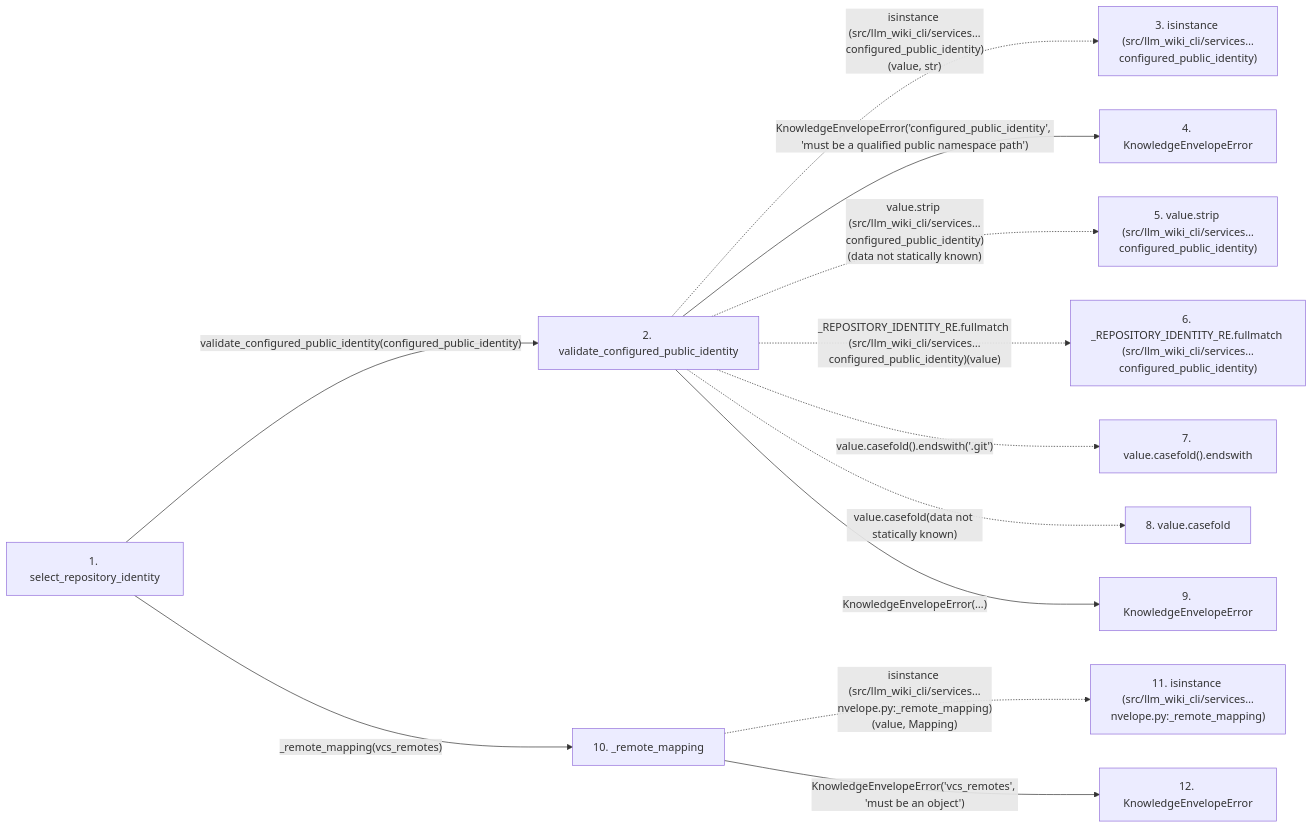
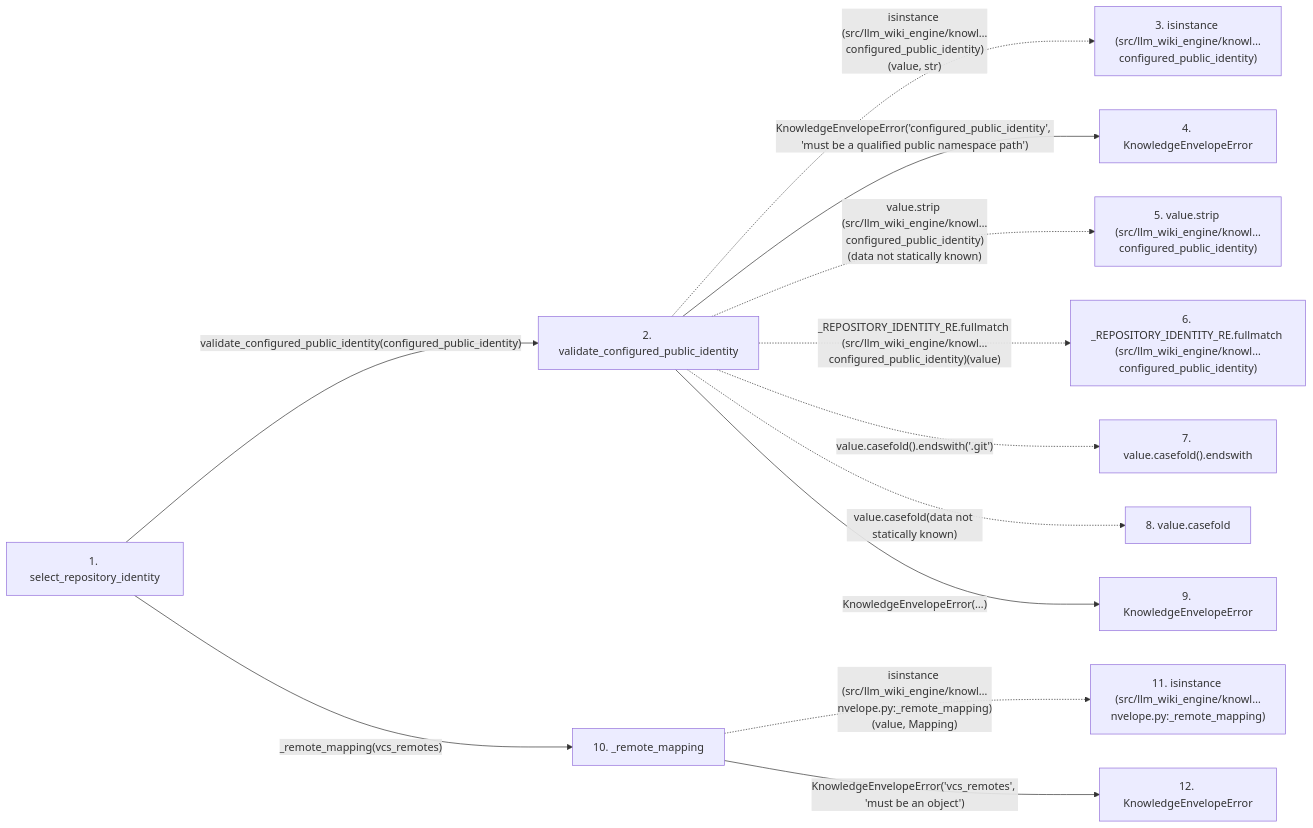
One commit to Denissvgn/python-wiki-llm changed the second of 2 diagrams in docs/llm_wiki/flows/api-select_repository_identity.md. Above: the diagram before and after it, drawn with Mermaid. The commit also changed other lines of this file and 1058 other files, not shown here.

````diff
--- a/docs/llm_wiki/flows/api-select_repository_identity.md
+++ b/docs/llm_wiki/flows/api-select_repository_identity.md
@@ -121,32 +121,32 @@
 ```mermaid
 flowchart LR
     s1["1. select_repository_identity"]
     s2["2. validate_configured_public_identity"]
-    s3["3. isinstance (src/llm_wiki_cli/services…configured_public_identity)"]
+    s3["3. isinstance (src/llm_wiki_engine/knowl…configured_public_identity)"]
     s4["4. KnowledgeEnvelopeError"]
-    s5["5. value.strip (src/llm_wiki_cli/services…configured_public_identity)"]
-    s6["6. _REPOSITORY_IDENTITY_RE.fullmatch (src/llm_wiki_cli/services…configured_public_identity)"]
+    s5["5. value.strip (src/llm_wiki_engine/knowl…configured_public_identity)"]
+    s6["6. _REPOSITORY_IDENTITY_RE.fullmatch (src/llm_wiki_engine/knowl…configured_public_identity)"]
     s7["7. value.casefold().endswith"]
     s8["8. value.casefold"]
     s9["9. KnowledgeEnvelopeError"]
     s10["10. _remote_mapping"]
-    s11["11. isinstance (src/llm_wiki_cli/services…nvelope.py:_remote_mapping)"]
+    s11["11. isinstance (src/llm_wiki_engine/knowl…nvelope.py:_remote_mapping)"]
     s12["12. KnowledgeEnvelopeError"]
     s1 -->|"validate_configured_public_identity(configured_public_identity)"| s2
-    s2 -. "isinstance (src/llm_wiki_cli/services…configured_public_identity)(value, str)" .-> s3
+    s2 -. "isinstance (src/llm_wiki_engine/knowl…configured_public_identity)(value, str)" .-> s3
     s2 -->|"KnowledgeEnvelopeError('configured_public_identity', 'must be a qualified public namespace path')"| s4
-    s2 -. "value.strip (src/llm_wiki_cli/services…configured_public_identity)(data not statically known)" .-> s5
-    s2 -. "_REPOSITORY_IDENTITY_RE.fullmatch (src/llm_wiki_cli/services…configured_public_identity)(value)" .-> s6
+    s2 -. "value.strip (src/llm_wiki_engine/knowl…configured_public_identity)(data not statically known)" .-> s5
+    s2 -. "_REPOSITORY_IDENTITY_RE.fullmatch (src/llm_wiki_engine/knowl…configured_public_identity)(value)" .-> s6
     s2 -. "value.casefold().endswith('.git')" .-> s7
     s2 -. "value.casefold(data not statically known)" .-> s8
     s2 -->|"KnowledgeEnvelopeError(…)"| s9
     s1 -->|"_remote_mapping(vcs_remotes)"| s10
-    s10 -. "isinstance (src/llm_wiki_cli/services…nvelope.py:_remote_mapping)(value, Mapping)" .-> s11
+    s10 -. "isinstance (src/llm_wiki_engine/knowl…nvelope.py:_remote_mapping)(value, Mapping)" .-> s11
     s10 -->|"KnowledgeEnvelopeError('vcs_remotes', 'must be an object')"| s12
     click s1 "../modules/knowledge_envelope.md"
     click s2 "../modules/knowledge_envelope.md"
     click s4 "../modules/knowledge_envelope.md"
     click s9 "../modules/knowledge_envelope.md"
     click s10 "../modules/knowledge_envelope.md"
     click s12 "../modules/knowledge_envelope.md"
 ```
````
